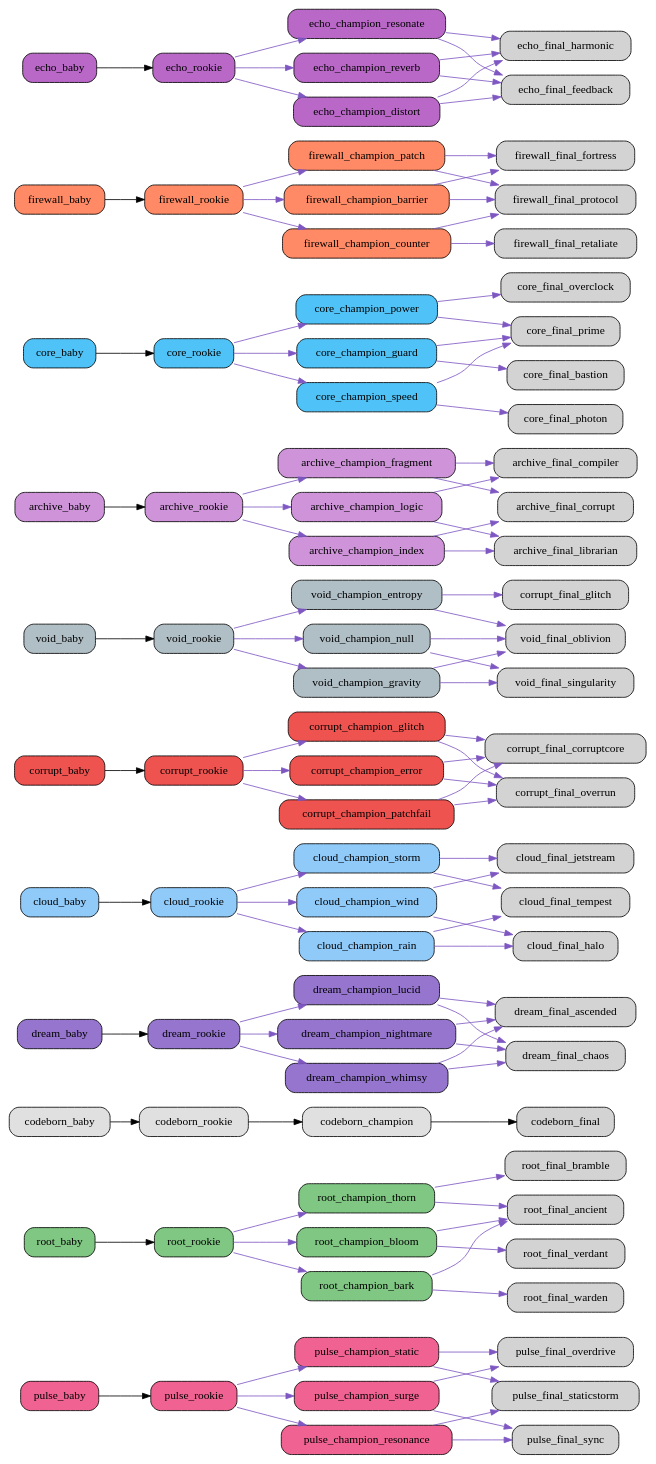
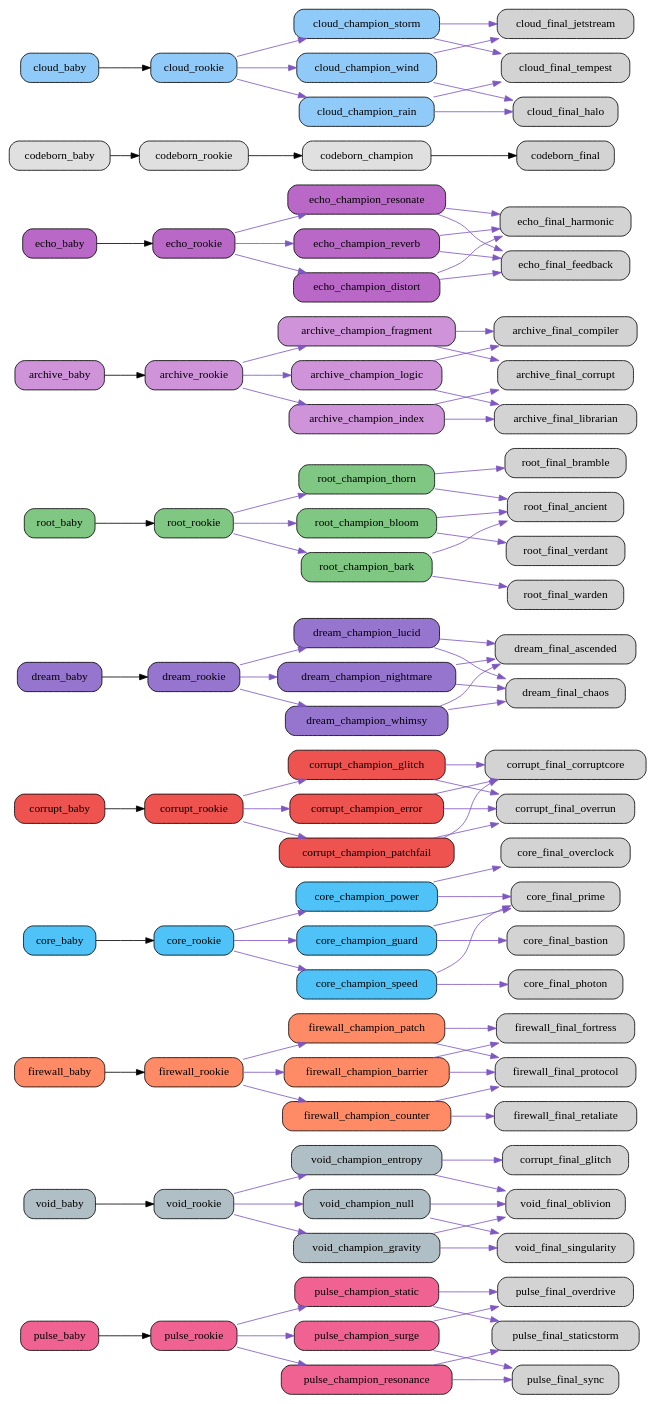
The diagram in src/netgrid/systems/evolution/graphs/full/evolution_graph.dot (bwlight/NetGrid), drawn with Graphviz before and after one commit. The commit also changed other lines of this file and 8 other files, not shown here.

Commit message:
Auto-update evolution graphs

```diff
--- a/src/netgrid/systems/evolution/graphs/full/evolution_graph.dot
+++ b/src/netgrid/systems/evolution/graphs/full/evolution_graph.dot
@@ -16,6 +16,81 @@
   "pulse_champion_static" [fillcolor="#f06292"];
   "pulse_champion_static" -> "pulse_final_staticstorm" [color="#7e57c2"];
   "pulse_champion_static" -> "pulse_final_overdrive" [color="#7e57c2"];
+  "void_baby" [fillcolor="#b0bec5"];
+  "void_baby" -> "void_rookie";
+  "void_rookie" [fillcolor="#b0bec5"];
+  "void_rookie" -> "void_champion_entropy" [color="#7e57c2"];
+  "void_rookie" -> "void_champion_gravity" [color="#7e57c2"];
+  "void_rookie" -> "void_champion_null" [color="#7e57c2"];
+  "void_champion_entropy" [fillcolor="#b0bec5"];
+  "void_champion_entropy" -> "corrupt_final_glitch" [color="#7e57c2"];
+  "void_champion_entropy" -> "void_final_oblivion" [color="#7e57c2"];
+  "void_champion_gravity" [fillcolor="#b0bec5"];
+  "void_champion_gravity" -> "void_final_singularity" [color="#7e57c2"];
+  "void_champion_gravity" -> "void_final_oblivion" [color="#7e57c2"];
+  "void_champion_null" [fillcolor="#b0bec5"];
+  "void_champion_null" -> "void_final_oblivion" [color="#7e57c2"];
+  "void_champion_null" -> "void_final_singularity" [color="#7e57c2"];
+  "firewall_baby" [fillcolor="#ff8a65"];
+  "firewall_baby" -> "firewall_rookie";
+  "firewall_rookie" [fillcolor="#ff8a65"];
+  "firewall_rookie" -> "firewall_champion_barrier" [color="#7e57c2"];
+  "firewall_rookie" -> "firewall_champion_counter" [color="#7e57c2"];
+  "firewall_rookie" -> "firewall_champion_patch" [color="#7e57c2"];
+  "firewall_champion_barrier" [fillcolor="#ff8a65"];
+  "firewall_champion_barrier" -> "firewall_final_fortress" [color="#7e57c2"];
+  "firewall_champion_barrier" -> "firewall_final_protocol" [color="#7e57c2"];
+  "firewall_champion_counter" [fillcolor="#ff8a65"];
+  "firewall_champion_counter" -> "firewall_final_retaliate" [color="#7e57c2"];
+  "firewall_champion_counter" -> "firewall_final_protocol" [color="#7e57c2"];
+  "firewall_champion_patch" [fillcolor="#ff8a65"];
+  "firewall_champion_patch" -> "firewall_final_protocol" [color="#7e57c2"];
+  "firewall_champion_patch" -> "firewall_final_fortress" [color="#7e57c2"];
+  "core_baby" [fillcolor="#4fc3f7"];
+  "core_baby" -> "core_rookie";
+  "core_rookie" [fillcolor="#4fc3f7"];
+  "core_rookie" -> "core_champion_power" [color="#7e57c2"];
+  "core_rookie" -> "core_champion_guard" [color="#7e57c2"];
+  "core_rookie" -> "core_champion_speed" [color="#7e57c2"];
+  "core_champion_power" [fillcolor="#4fc3f7"];
+  "core_champion_power" -> "core_final_overclock" [color="#7e57c2"];
+  "core_champion_power" -> "core_final_prime" [color="#7e57c2"];
+  "core_champion_guard" [fillcolor="#4fc3f7"];
+  "core_champion_guard" -> "core_final_bastion" [color="#7e57c2"];
+  "core_champion_guard" -> "core_final_prime" [color="#7e57c2"];
+  "core_champion_speed" [fillcolor="#4fc3f7"];
+  "core_champion_speed" -> "core_final_photon" [color="#7e57c2"];
+  "core_champion_speed" -> "core_final_prime" [color="#7e57c2"];
+  "corrupt_baby" [fillcolor="#ef5350"];
+  "corrupt_baby" -> "corrupt_rookie";
+  "corrupt_rookie" [fillcolor="#ef5350"];
+  "corrupt_rookie" -> "corrupt_champion_glitch" [color="#7e57c2"];
+  "corrupt_rookie" -> "corrupt_champion_error" [color="#7e57c2"];
+  "corrupt_rookie" -> "corrupt_champion_patchfail" [color="#7e57c2"];
+  "corrupt_champion_glitch" [fillcolor="#ef5350"];
+  "corrupt_champion_glitch" -> "corrupt_final_corruptcore" [color="#7e57c2"];
+  "corrupt_champion_glitch" -> "corrupt_final_overrun" [color="#7e57c2"];
+  "corrupt_champion_error" [fillcolor="#ef5350"];
+  "corrupt_champion_error" -> "corrupt_final_overrun" [color="#7e57c2"];
+  "corrupt_champion_error" -> "corrupt_final_corruptcore" [color="#7e57c2"];
+  "corrupt_champion_patchfail" [fillcolor="#ef5350"];
+  "corrupt_champion_patchfail" -> "corrupt_final_corruptcore" [color="#7e57c2"];
+  "corrupt_champion_patchfail" -> "corrupt_final_overrun" [color="#7e57c2"];
+  "dream_baby" [fillcolor="#9575cd"];
+  "dream_baby" -> "dream_rookie";
+  "dream_rookie" [fillcolor="#9575cd"];
+  "dream_rookie" -> "dream_champion_lucid" [color="#7e57c2"];
+  "dream_rookie" -> "dream_champion_nightmare" [color="#7e57c2"];
+  "dream_rookie" -> "dream_champion_whimsy" [color="#7e57c2"];
+  "dream_champion_lucid" [fillcolor="#9575cd"];
+  "dream_champion_lucid" -> "dream_final_ascended" [color="#7e57c2"];
+  "dream_champion_lucid" -> "dream_final_chaos" [color="#7e57c2"];
+  "dream_champion_nightmare" [fillcolor="#9575cd"];
+  "dream_champion_nightmare" -> "dream_final_chaos" [color="#7e57c2"];
+  "dream_champion_nightmare" -> "dream_final_ascended" [color="#7e57c2"];
+  "dream_champion_whimsy" [fillcolor="#9575cd"];
+  "dream_champion_whimsy" -> "dream_final_ascended" [color="#7e57c2"];
+  "dream_champion_whimsy" -> "dream_final_chaos" [color="#7e57c2"];
   "root_baby" [fillcolor="#81c784"];
   "root_baby" -> "root_rookie";
   "root_rookie" [fillcolor="#81c784"];
@@ -31,27 +106,42 @@
   "root_champion_bark" [fillcolor="#81c784"];
   "root_champion_bark" -> "root_final_warden" [color="#7e57c2"];
   "root_champion_bark" -> "root_final_ancient" [color="#7e57c2"];
+  "archive_baby" [fillcolor="#ce93d8"];
+  "archive_baby" -> "archive_rookie";
+  "archive_rookie" [fillcolor="#ce93d8"];
+  "archive_rookie" -> "archive_champion_logic" [color="#7e57c2"];
+  "archive_rookie" -> "archive_champion_index" [color="#7e57c2"];
+  "archive_rookie" -> "archive_champion_fragment" [color="#7e57c2"];
+  "archive_champion_logic" [fillcolor="#ce93d8"];
+  "archive_champion_logic" -> "archive_final_compiler" [color="#7e57c2"];
+  "archive_champion_logic" -> "archive_final_librarian" [color="#7e57c2"];
+  "archive_champion_index" [fillcolor="#ce93d8"];
+  "archive_champion_index" -> "archive_final_librarian" [color="#7e57c2"];
+  "archive_champion_index" -> "archive_final_corrupt" [color="#7e57c2"];
+  "archive_champion_fragment" [fillcolor="#ce93d8"];
+  "archive_champion_fragment" -> "archive_final_corrupt" [color="#7e57c2"];
+  "archive_champion_fragment" -> "archive_final_compiler" [color="#7e57c2"];
+  "echo_baby" [fillcolor="#ba68c8"];
+  "echo_baby" -> "echo_rookie";
+  "echo_rookie" [fillcolor="#ba68c8"];
+  "echo_rookie" -> "echo_champion_resonate" [color="#7e57c2"];
+  "echo_rookie" -> "echo_champion_reverb" [color="#7e57c2"];
+  "echo_rookie" -> "echo_champion_distort" [color="#7e57c2"];
+  "echo_champion_resonate" [fillcolor="#ba68c8"];
+  "echo_champion_resonate" -> "echo_final_harmonic" [color="#7e57c2"];
+  "echo_champion_resonate" -> "echo_final_feedback" [color="#7e57c2"];
+  "echo_champion_reverb" [fillcolor="#ba68c8"];
+  "echo_champion_reverb" -> "echo_final_feedback" [color="#7e57c2"];
+  "echo_champion_reverb" -> "echo_final_harmonic" [color="#7e57c2"];
+  "echo_champion_distort" [fillcolor="#ba68c8"];
+  "echo_champion_distort" -> "echo_final_feedback" [color="#7e57c2"];
+  "echo_champion_distort" -> "echo_final_harmonic" [color="#7e57c2"];
   "codeborn_baby" [fillcolor="#e0e0e0"];
   "codeborn_baby" -> "codeborn_rookie";
   "codeborn_rookie" [fillcolor="#e0e0e0"];
   "codeborn_rookie" -> "codeborn_champion";
   "codeborn_champion" [fillcolor="#e0e0e0"];
   "codeborn_champion" -> "codeborn_final";
-  "dream_baby" [fillcolor="#9575cd"];
-  "dream_baby" -> "dream_rookie";
-  "dream_rookie" [fillcolor="#9575cd"];
-  "dream_rookie" -> "dream_champion_lucid" [color="#7e57c2"];
-  "dream_rookie" -> "dream_champion_nightmare" [color="#7e57c2"];
-  "dream_rookie" -> "dream_champion_whimsy" [color="#7e57c2"];
-  "dream_champion_lucid" [fillcolor="#9575cd"];
-  "dream_champion_lucid" -> "dream_final_ascended" [color="#7e57c2"];
-  "dream_champion_lucid" -> "dream_final_chaos" [color="#7e57c2"];
-  "dream_champion_nightmare" [fillcolor="#9575cd"];
-  "dream_champion_nightmare" -> "dream_final_chaos" [color="#7e57c2"];
-  "dream_champion_nightmare" -> "dream_final_ascended" [color="#7e57c2"];
-  "dream_champion_whimsy" [fillcolor="#9575cd"];
-  "dream_champion_whimsy" -> "dream_final_ascended" [color="#7e57c2"];
-  "dream_champion_whimsy" -> "dream_final_chaos" [color="#7e57c2"];
   "cloud_baby" [fillcolor="#90caf9"];
   "cloud_baby" -> "cloud_rookie";
   "cloud_rookie" [fillcolor="#90caf9"];
@@ -67,94 +157,4 @@
   "cloud_champion_storm" [fillcolor="#90caf9"];
   "cloud_champion_storm" -> "cloud_final_tempest" [color="#7e57c2"];
   "cloud_champion_storm" -> "cloud_final_jetstream" [color="#7e57c2"];
-  "corrupt_baby" [fillcolor="#ef5350"];
-  "corrupt_baby" -> "corrupt_rookie";
-  "corrupt_rookie" [fillcolor="#ef5350"];
-  "corrupt_rookie" -> "corrupt_champion_glitch" [color="#7e57c2"];
-  "corrupt_rookie" -> "corrupt_champion_error" [color="#7e57c2"];
-  "corrupt_rookie" -> "corrupt_champion_patchfail" [color="#7e57c2"];
-  "corrupt_champion_glitch" [fillcolor="#ef5350"];
-  "corrupt_champion_glitch" -> "corrupt_final_corruptcore" [color="#7e57c2"];
-  "corrupt_champion_glitch" -> "corrupt_final_overrun" [color="#7e57c2"];
-  "corrupt_champion_error" [fillcolor="#ef5350"];
-  "corrupt_champion_error" -> "corrupt_final_overrun" [color="#7e57c2"];
-  "corrupt_champion_error" -> "corrupt_final_corruptcore" [color="#7e57c2"];
-  "corrupt_champion_patchfail" [fillcolor="#ef5350"];
-  "corrupt_champion_patchfail" -> "corrupt_final_corruptcore" [color="#7e57c2"];
-  "corrupt_champion_patchfail" -> "corrupt_final_overrun" [color="#7e57c2"];
-  "void_baby" [fillcolor="#b0bec5"];
-  "void_baby" -> "void_rookie";
-  "void_rookie" [fillcolor="#b0bec5"];
-  "void_rookie" -> "void_champion_entropy" [color="#7e57c2"];
-  "void_rookie" -> "void_champion_gravity" [color="#7e57c2"];
-  "void_rookie" -> "void_champion_null" [color="#7e57c2"];
-  "void_champion_entropy" [fillcolor="#b0bec5"];
-  "void_champion_entropy" -> "corrupt_final_glitch" [color="#7e57c2"];
-  "void_champion_entropy" -> "void_final_oblivion" [color="#7e57c2"];
-  "void_champion_gravity" [fillcolor="#b0bec5"];
-  "void_champion_gravity" -> "void_final_singularity" [color="#7e57c2"];
-  "void_champion_gravity" -> "void_final_oblivion" [color="#7e57c2"];
-  "void_champion_null" [fillcolor="#b0bec5"];
-  "void_champion_null" -> "void_final_oblivion" [color="#7e57c2"];
-  "void_champion_null" -> "void_final_singularity" [color="#7e57c2"];
-  "archive_baby" [fillcolor="#ce93d8"];
-  "archive_baby" -> "archive_rookie";
-  "archive_rookie" [fillcolor="#ce93d8"];
-  "archive_rookie" -> "archive_champion_logic" [color="#7e57c2"];
-  "archive_rookie" -> "archive_champion_index" [color="#7e57c2"];
-  "archive_rookie" -> "archive_champion_fragment" [color="#7e57c2"];
-  "archive_champion_logic" [fillcolor="#ce93d8"];
-  "archive_champion_logic" -> "archive_final_compiler" [color="#7e57c2"];
-  "archive_champion_logic" -> "archive_final_librarian" [color="#7e57c2"];
-  "archive_champion_index" [fillcolor="#ce93d8"];
-  "archive_champion_index" -> "archive_final_librarian" [color="#7e57c2"];
-  "archive_champion_index" -> "archive_final_corrupt" [color="#7e57c2"];
-  "archive_champion_fragment" [fillcolor="#ce93d8"];
-  "archive_champion_fragment" -> "archive_final_corrupt" [color="#7e57c2"];
-  "archive_champion_fragment" -> "archive_final_compiler" [color="#7e57c2"];
-  "core_baby" [fillcolor="#4fc3f7"];
-  "core_baby" -> "core_rookie";
-  "core_rookie" [fillcolor="#4fc3f7"];
-  "core_rookie" -> "core_champion_power" [color="#7e57c2"];
-  "core_rookie" -> "core_champion_guard" [color="#7e57c2"];
-  "core_rookie" -> "core_champion_speed" [color="#7e57c2"];
-  "core_champion_power" [fillcolor="#4fc3f7"];
-  "core_champion_power" -> "core_final_overclock" [color="#7e57c2"];
-  "core_champion_power" -> "core_final_prime" [color="#7e57c2"];
-  "core_champion_guard" [fillcolor="#4fc3f7"];
-  "core_champion_guard" -> "core_final_bastion" [color="#7e57c2"];
-  "core_champion_guard" -> "core_final_prime" [color="#7e57c2"];
-  "core_champion_speed" [fillcolor="#4fc3f7"];
-  "core_champion_speed" -> "core_final_photon" [color="#7e57c2"];
-  "core_champion_speed" -> "core_final_prime" [color="#7e57c2"];
-  "firewall_baby" [fillcolor="#ff8a65"];
-  "firewall_baby" -> "firewall_rookie";
-  "firewall_rookie" [fillcolor="#ff8a65"];
-  "firewall_rookie" -> "firewall_champion_barrier" [color="#7e57c2"];
-  "firewall_rookie" -> "firewall_champion_counter" [color="#7e57c2"];
-  "firewall_rookie" -> "firewall_champion_patch" [color="#7e57c2"];
-  "firewall_champion_barrier" [fillcolor="#ff8a65"];
-  "firewall_champion_barrier" -> "firewall_final_fortress" [color="#7e57c2"];
-  "firewall_champion_barrier" -> "firewall_final_protocol" [color="#7e57c2"];
-  "firewall_champion_counter" [fillcolor="#ff8a65"];
-  "firewall_champion_counter" -> "firewall_final_retaliate" [color="#7e57c2"];
-  "firewall_champion_counter" -> "firewall_final_protocol" [color="#7e57c2"];
-  "firewall_champion_patch" [fillcolor="#ff8a65"];
-  "firewall_champion_patch" -> "firewall_final_protocol" [color="#7e57c2"];
-  "firewall_champion_patch" -> "firewall_final_fortress" [color="#7e57c2"];
-  "echo_baby" [fillcolor="#ba68c8"];
-  "echo_baby" -> "echo_rookie";
-  "echo_rookie" [fillcolor="#ba68c8"];
-  "echo_rookie" -> "echo_champion_resonate" [color="#7e57c2"];
-  "echo_rookie" -> "echo_champion_reverb" [color="#7e57c2"];
-  "echo_rookie" -> "echo_champion_distort" [color="#7e57c2"];
-  "echo_champion_resonate" [fillcolor="#ba68c8"];
-  "echo_champion_resonate" -> "echo_final_harmonic" [color="#7e57c2"];
-  "echo_champion_resonate" -> "echo_final_feedback" [color="#7e57c2"];
-  "echo_champion_reverb" [fillcolor="#ba68c8"];
-  "echo_champion_reverb" -> "echo_final_feedback" [color="#7e57c2"];
-  "echo_champion_reverb" -> "echo_final_harmonic" [color="#7e57c2"];
-  "echo_champion_distort" [fillcolor="#ba68c8"];
-  "echo_champion_distort" -> "echo_final_feedback" [color="#7e57c2"];
-  "echo_champion_distort" -> "echo_final_harmonic" [color="#7e57c2"];
 }
```
